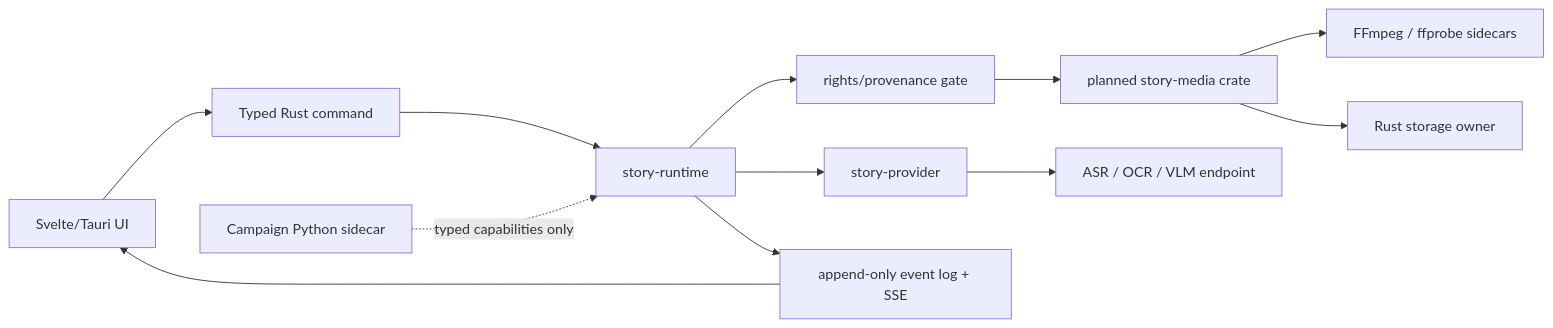
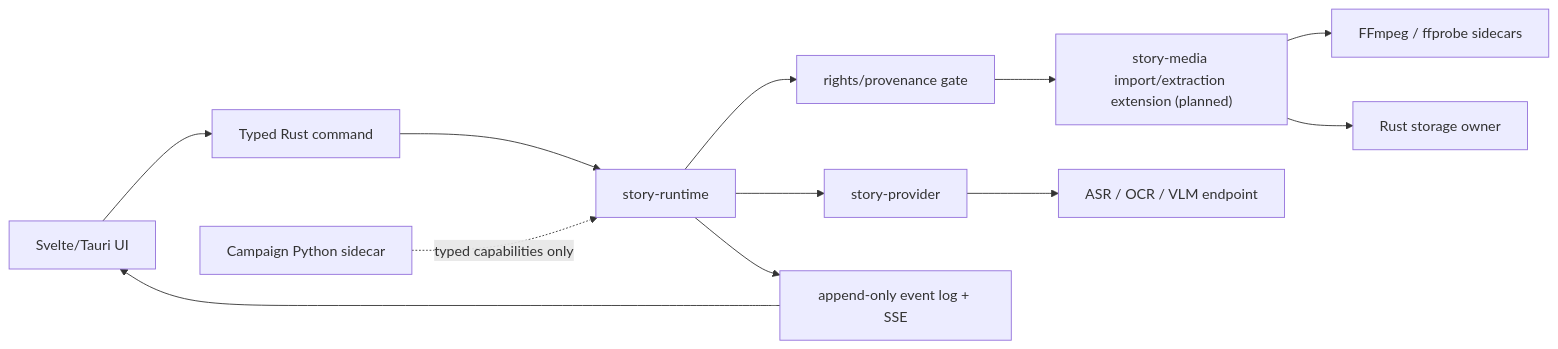
The diagram in docs/features/video-material-pipeline/03-system-design.md (dgy-github/microcodex-short-drama-studio), drawn with Mermaid before and after one commit. The commit also changed other lines of this file and 134 other files, not shown here.

````diff
--- a/docs/features/video-material-pipeline/03-system-design.md
+++ b/docs/features/video-material-pipeline/03-system-design.md
@@ -31,14 +31,14 @@
 ```mermaid
 flowchart LR
     UI["Svelte/Tauri UI"] --> CMD["Typed Rust command"]
     CMD --> RT["story-runtime"]
     RT --> RIGHTS["rights/provenance gate"]
-    RIGHTS --> MEDIA["planned story-media crate"]
+    RIGHTS --> MEDIA["story-media import/extraction extension (planned)"]
     MEDIA --> FF["FFmpeg / ffprobe sidecars"]
     MEDIA --> STORE["Rust storage owner"]
     RT --> PROVIDER["story-provider"]
     PROVIDER --> ASR["ASR / OCR / VLM endpoint"]
     RT --> EVENTS["append-only event log + SSE"]
     EVENTS --> UI
     PY["Campaign Python sidecar"] -. "typed capabilities only" .-> RT
 ```
````
